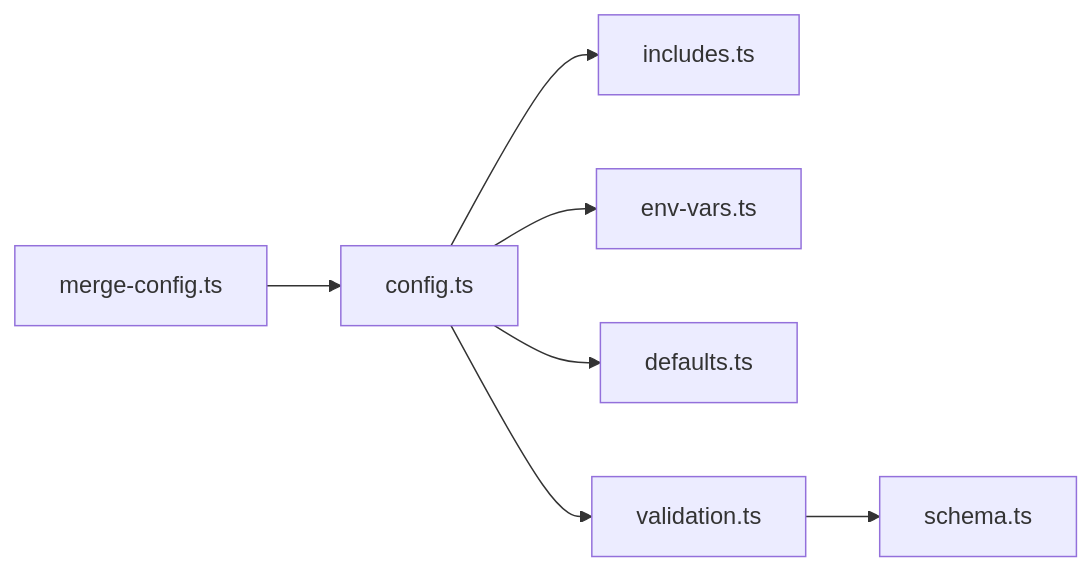
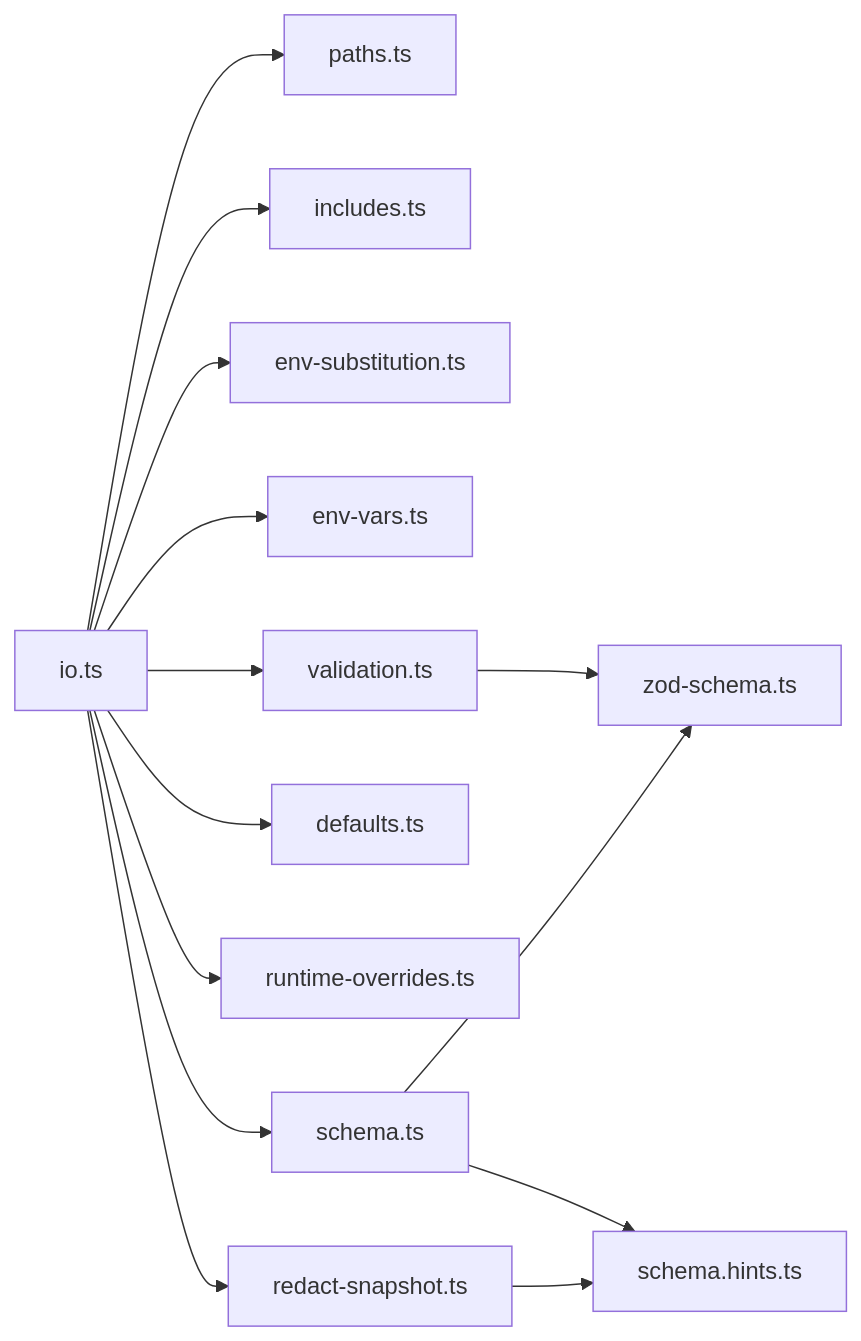
Before and after one commit to botx-work/OpenClaw-Internals: the third of 3 diagrams in repowiki/en/content/Configuration Management/Configuration Management.md, drawn with Mermaid. The commit also changed other lines of this file and 332 other files, not shown here.

````diff
--- a/repowiki/en/content/Configuration Management/Configuration Management.md
+++ b/repowiki/en/content/Configuration Management/Configuration Management.md
@@ -282,9 +315,16 @@
 ```mermaid
 graph LR
-IO["config.ts"] --> INC["includes.ts"]
-IO --> ENV["env-vars.ts"]
+IO["io.ts"] --> P["paths.ts"]
+IO --> INC["includes.ts"]
+IO --> EVS["env-substitution.ts"]
+IO --> EV["env-vars.ts"]
+IO --> VAL["validation.ts"]
 IO --> DEF["defaults.ts"]
-IO --> VAL["validation.ts"]
-VAL --> SCH["schema.ts"]
-MERGE["merge-config.ts"] --> IO
+IO --> RO["runtime-overrides.ts"]
+IO --> RS["redact-snapshot.ts"]
+IO --> SCH["schema.ts"]
+VAL --> ZS["zod-schema.ts"]
+SCH --> ZS
+SCH --> SH["schema.hints.ts"]
+RS --> SH
 ```
````
